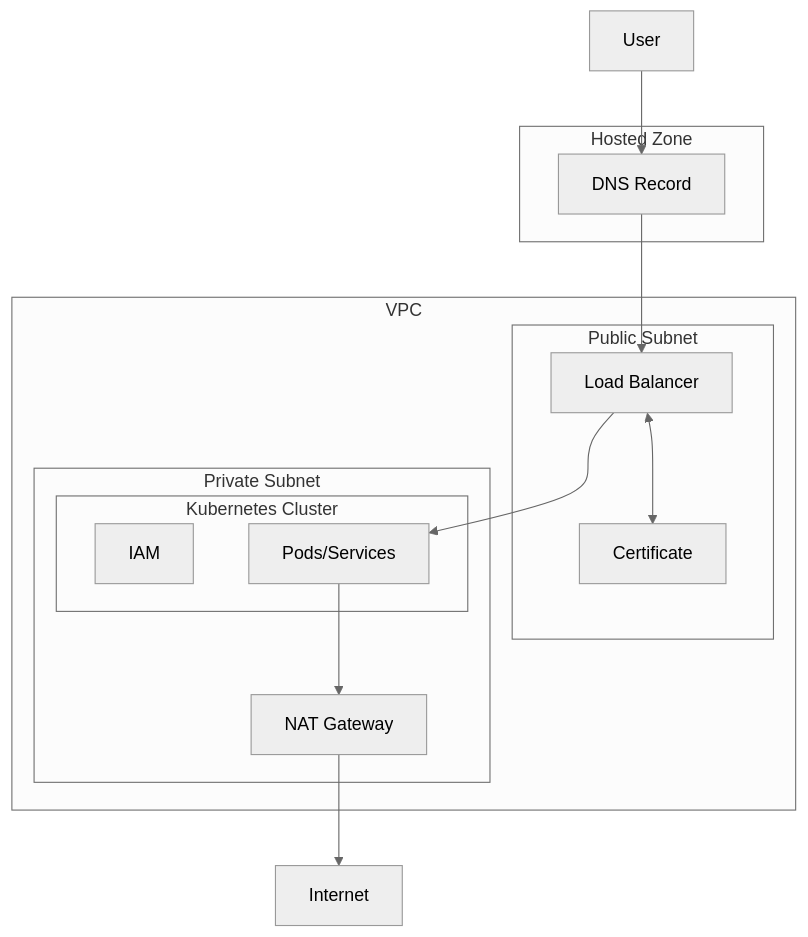
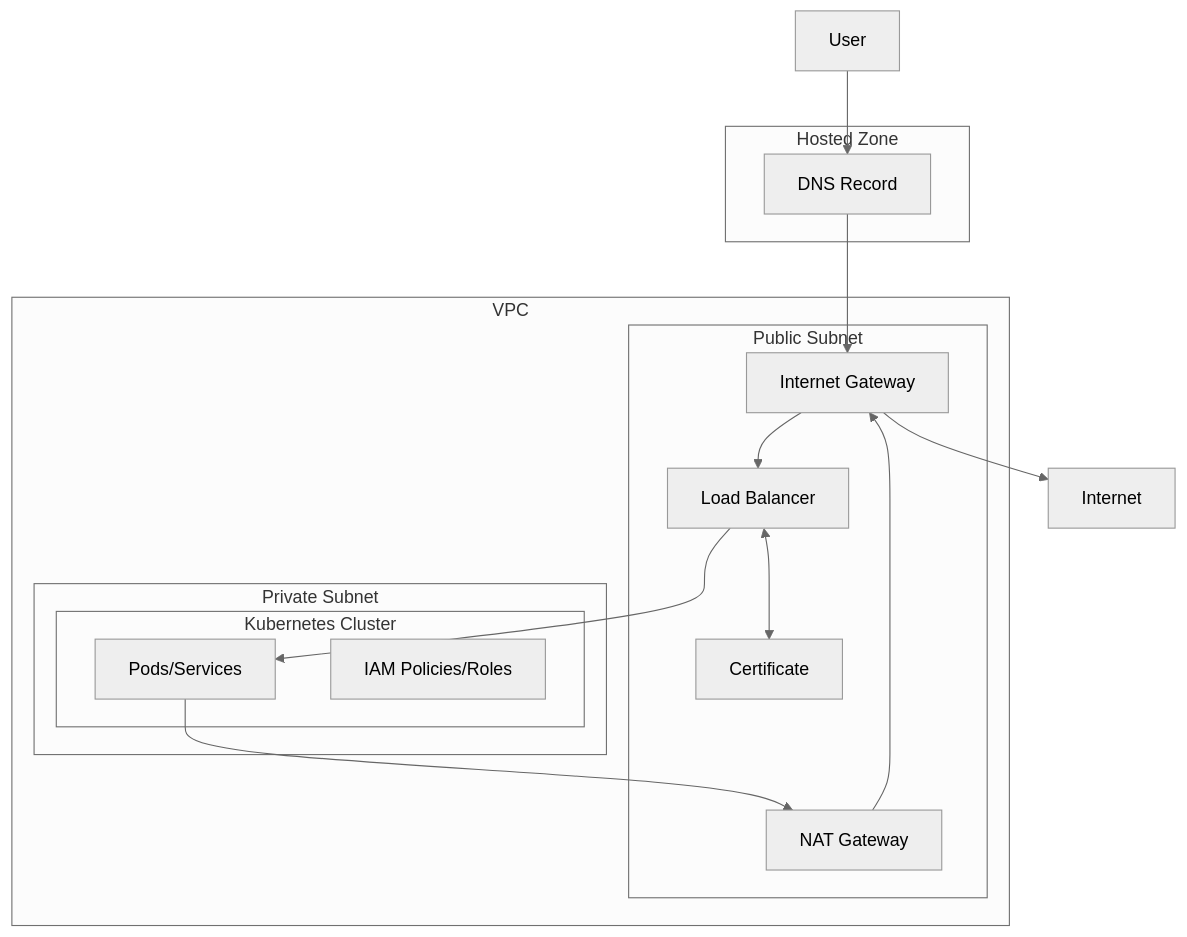
The diagram in modules/composite/public-cluster/README.md (gitops-ci-cd/terraform-modules), drawn with Mermaid (neutral theme) before and after one commit.

Commit message:
cloud architecture

````diff
--- a/modules/composite/public-cluster/README.md
+++ b/modules/composite/public-cluster/README.md
@@ -7,27 +7,38 @@
 ```mermaid
 flowchart TB
-    user[User] --> dns[DNS Record]
+    user[User]
+    dns[DNS Record]
+    internet[Internet]
+
     subgraph Hosted Zone
        dns
     end
-    internet[Internet]
 
-    dns --> lb[Load Balancer]
+    user --> dns
+    dns --> igw
 
     subgraph VPC
         subgraph Public Subnet
+            igw[Internet Gateway]
             lb[Load Balancer]
-            lb <--> cert[Certificate]
+            cert[Certificate]
+            nat[NAT Gateway]
+            
+            igw --> lb
+            lb <--> cert
         end
 
         subgraph Private Subnet
             subgraph Kubernetes Cluster
-                iam[IAM]
-                lb --> k8s[Pods/Services]
+                k8s[Pods/Services]
+                iam[IAM Policies/Roles]
+
+                lb --> k8s
             end
-            k8s --> nat[NAT Gateway]
         end
+        k8s --> nat
     end
 
-    nat --> internet
+    nat --> igw
+    igw --> internet
 ```
````
